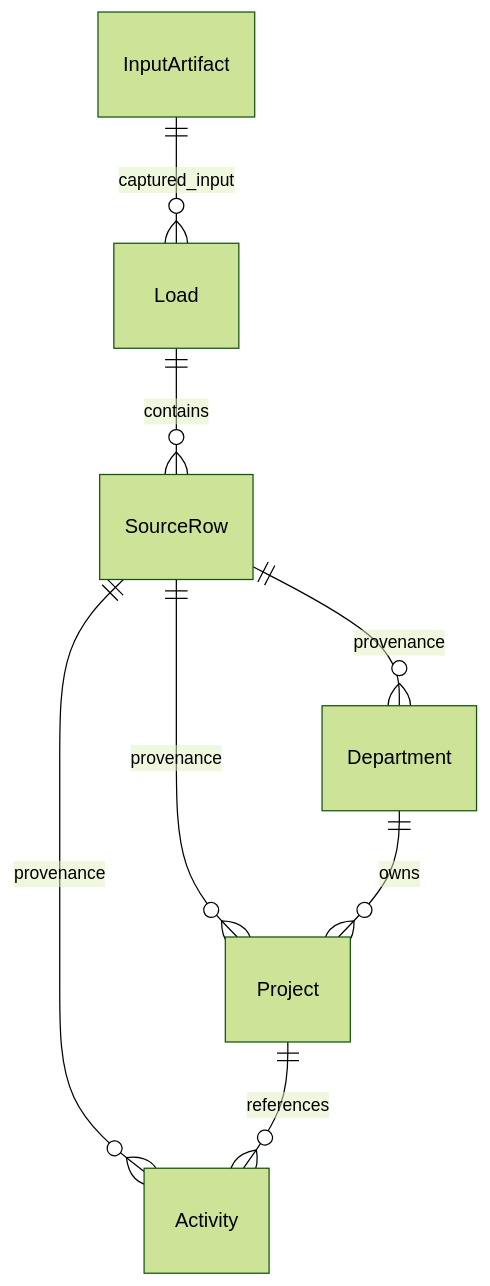
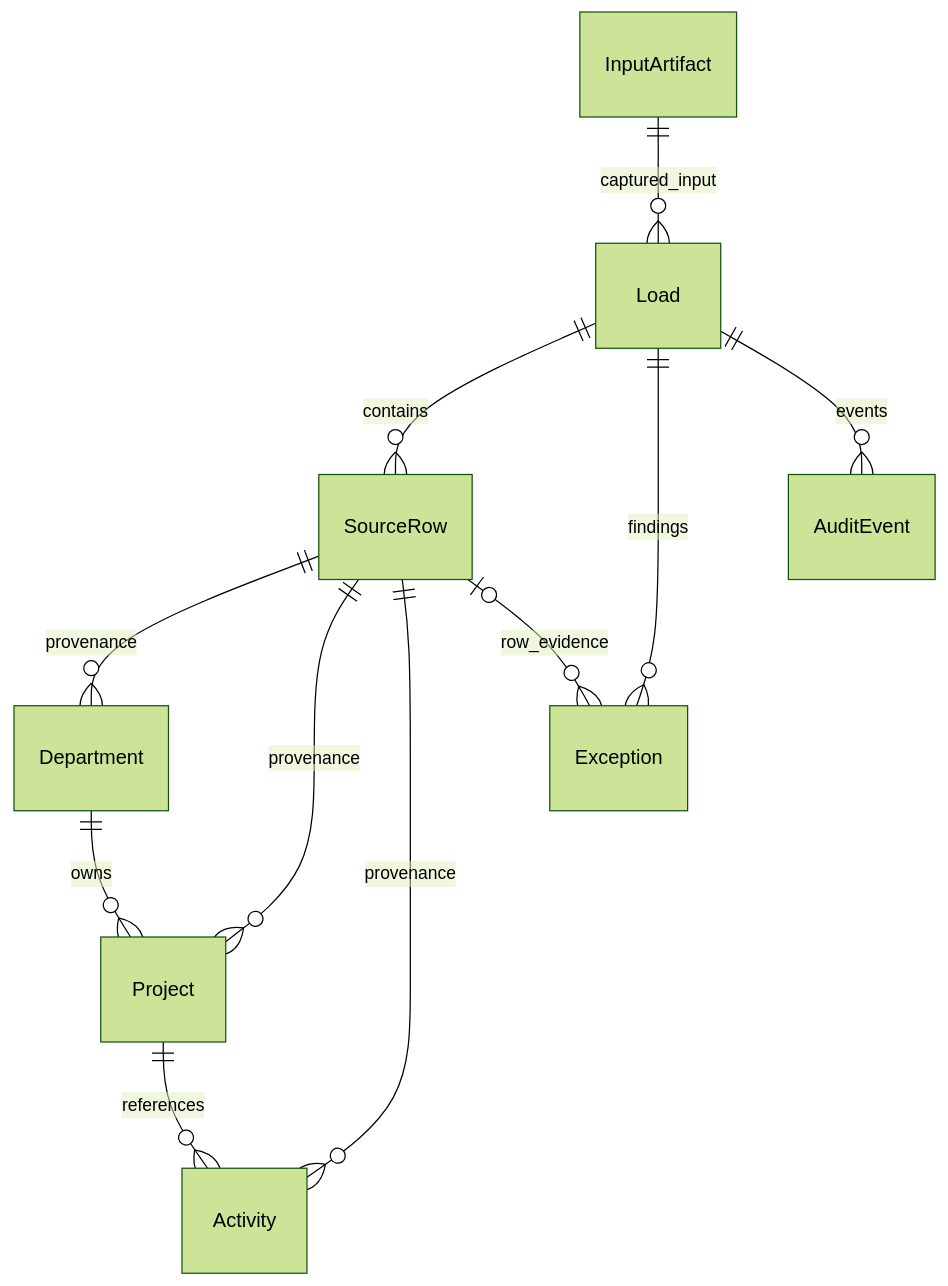
One commit to BillMath2/data-reconciliation-workbench changed the diagram in docs/database-schema.md. Above: the diagram before and after it, drawn with Mermaid (forest theme). The commit also changed other lines of this file and 28 other files, not shown here.

````diff
--- a/docs/database-schema.md
+++ b/docs/database-schema.md
@@ -20,10 +22,13 @@
 ```mermaid
 erDiagram
     InputArtifact ||--o{ Load : captured_input
     Load ||--o{ SourceRow : contains
     SourceRow ||--o{ Department : provenance
     SourceRow ||--o{ Project : provenance
     SourceRow ||--o{ Activity : provenance
     Department ||--o{ Project : owns
     Project ||--o{ Activity : references
+    Load ||--o{ Exception : findings
+    SourceRow o|--o{ Exception : row_evidence
+    Load ||--o{ AuditEvent : events
 ```
````
